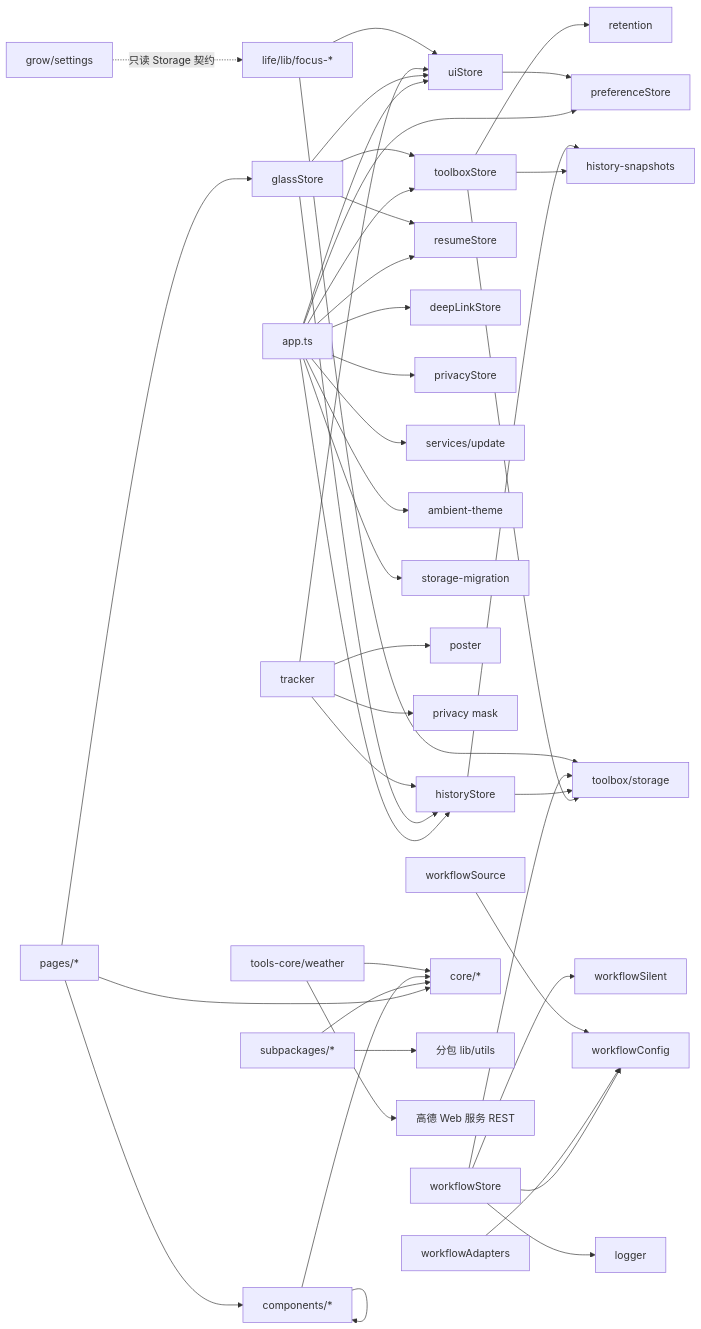
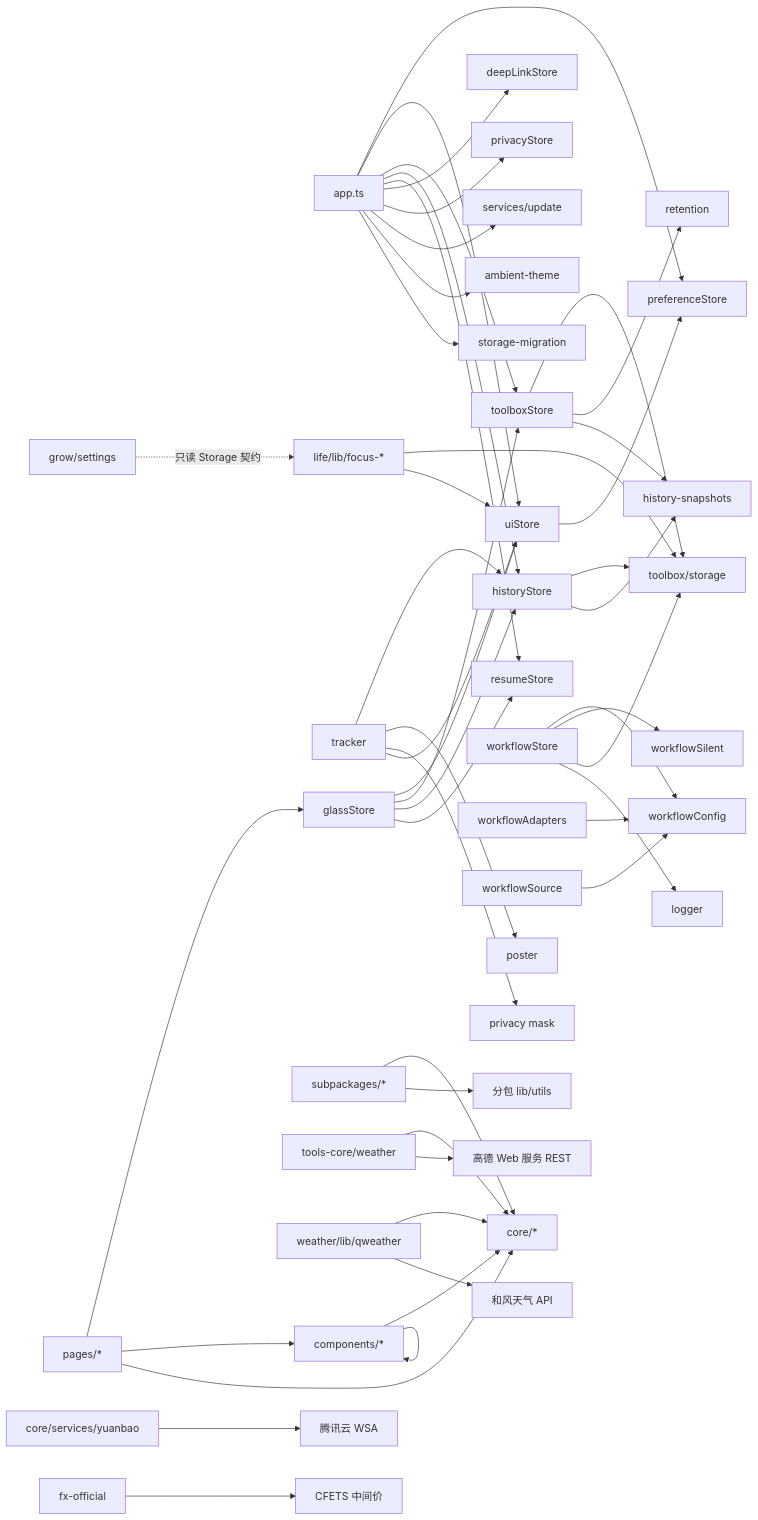
Diagram 14 of 16 in CODE_WIKI.md (kkkh/super-happy), drawn with Mermaid before and after one commit. The commit also changed other lines of this file and 54 other files, not shown here.

````diff
--- a/CODE_WIKI.md
+++ b/CODE_WIKI.md
@@ -3384,51 +3419,55 @@
 ```mermaid
 graph LR
   APP[app.ts] --> PREF[preferenceStore]
   APP --> UI[uiStore]
   APP --> TB[toolboxStore]
   APP --> HIS[historyStore]
   APP --> RES[resumeStore]
   APP --> DEEP[deepLinkStore]
   APP --> PRIV[privacyStore]
   APP --> UPD[services/update]
   APP --> AMB[ambient-theme]
   APP --> MIG[storage-migration]
 
   UI --> PREF
   GLASS[glassStore] --> UI
   GLASS --> TB
   GLASS --> HIS
   GLASS --> RES
 
   TB --> STORAGE[toolbox/storage]
   TB --> RET[retention]
   TB --> HISTSNAP[history-snapshots]
   HIS --> STORAGE
   HIS --> HISTSNAP
 
   TRACK[tracker] --> HIS
   TRACK --> POSTER[poster]
   TRACK --> MASK[privacy mask]
   TRACK --> UI
 
   WF[workflowStore] --> WFCFG[workflowConfig]
   WF --> WFSILENT[workflowSilent]
   WF --> STORAGE
   WF --> LOG[logger]
   WFADAPTER[workflowAdapters] --> WFCFG
   WFSRC[workflowSource] --> WFCFG
 
   PAGES[pages/*] --> GLASS
   PAGES --> COMP[components/*]
   PAGES --> CORE[core/*]
   SUB[subpackages/*] --> CORE
   SUB --> LOCAL[分包 lib/utils]
   COMP --> CORE
   COMP --> COMP
 
   WEATHER[tools-core/weather] --> CORE
   WEATHER --> AMAP[高德 Web 服务 REST]
+  QWX[weather/lib/qweather] --> CORE
+  QWX --> QWAPI[和风天气 API]
+  YB[core/services/yuanbao] --> WSA[腾讯云 WSA]
+  FX[fx-official] --> CFETS[CFETS 中间价]
   FOCUS[life/lib/focus-*] --> STORAGE
   FOCUS --> UI
   SETTINGS[grow/settings] -.只读 Storage 契约.-> FOCUS
 ```
````
